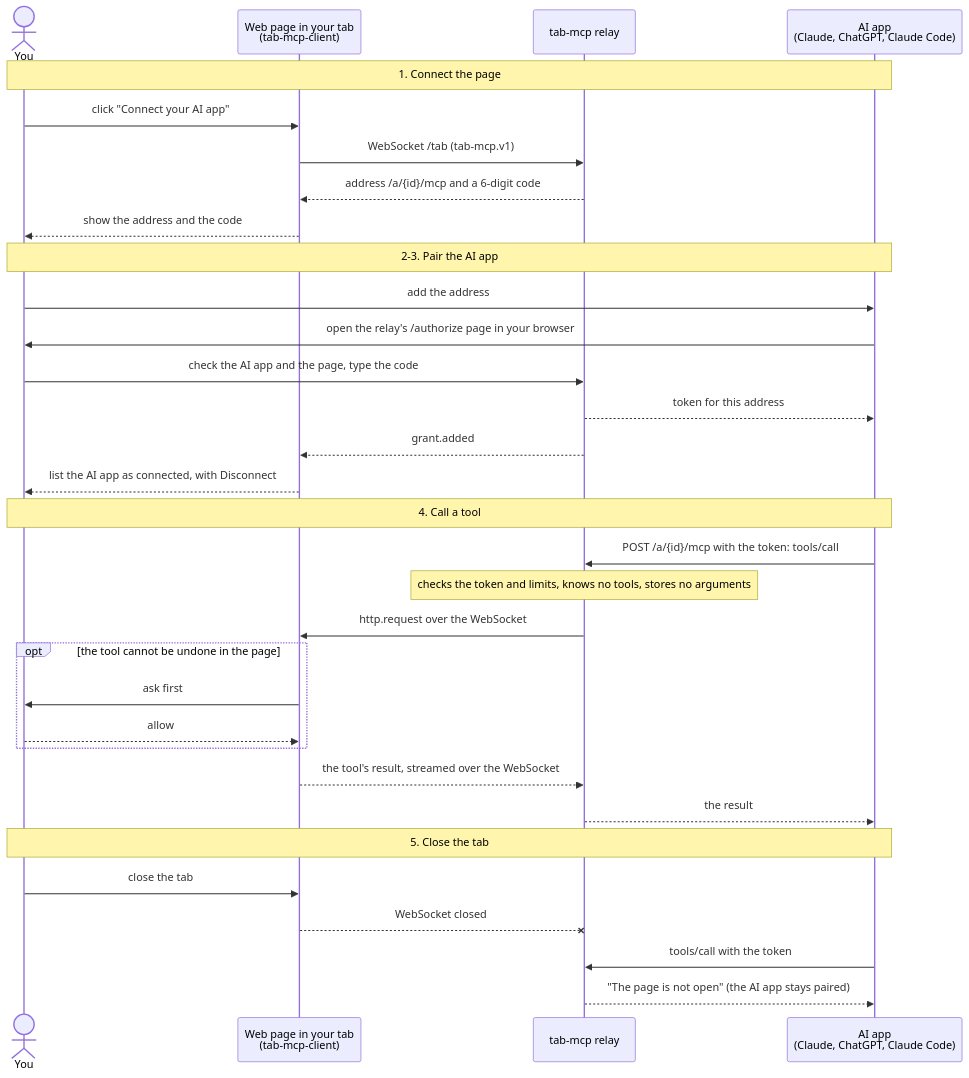
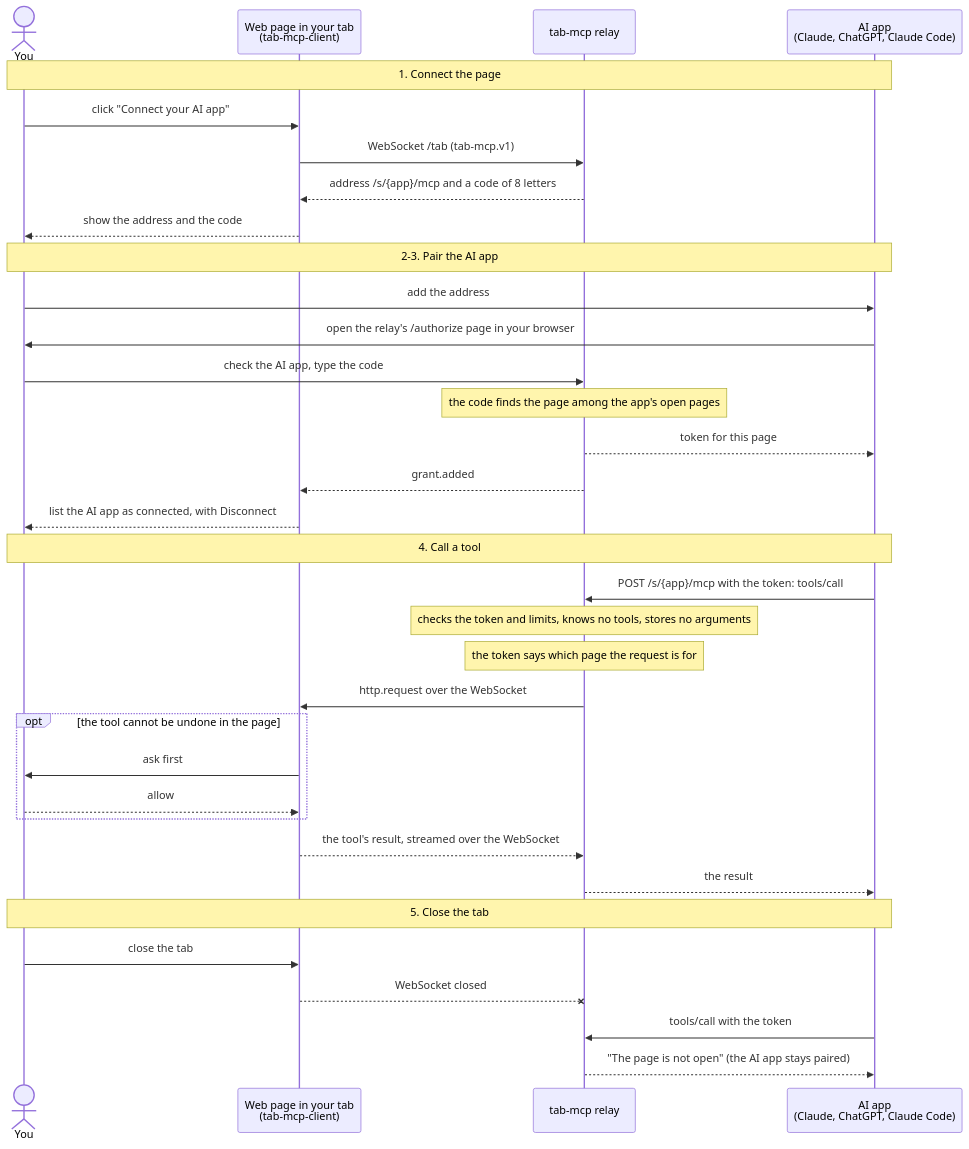
The diagram in README.md (ractive/tab-mcp), drawn with Mermaid before and after one commit. The commit also changed other lines of this file and 97 other files, not shown here.

````diff
--- a/README.md
+++ b/README.md
@@ -110,38 +111,40 @@
 ```mermaid
 sequenceDiagram
     actor You
     participant Page as Web page in your tab<br/>(tab-mcp-client)
     participant Relay as tab-mcp relay
     participant App as AI app<br/>(Claude, ChatGPT, Claude Code)
 
     Note over You,App: 1. Connect the page
     You->>Page: click "Connect your AI app"
     Page->>Relay: WebSocket /tab (tab-mcp.v1)
-    Relay-->>Page: address /a/{id}/mcp and a 6-digit code
+    Relay-->>Page: address /s/{app}/mcp and a code of 8 letters
     Page-->>You: show the address and the code
 
     Note over You,App: 2-3. Pair the AI app
     You->>App: add the address
     App->>You: open the relay's /authorize page in your browser
-    You->>Relay: check the AI app and the page, type the code
-    Relay-->>App: token for this address
+    You->>Relay: check the AI app, type the code
+    Note over Relay: the code finds the page among the app's open pages
+    Relay-->>App: token for this page
     Relay-->>Page: grant.added
     Page-->>You: list the AI app as connected, with Disconnect
 
     Note over You,App: 4. Call a tool
-    App->>Relay: POST /a/{id}/mcp with the token: tools/call
+    App->>Relay: POST /s/{app}/mcp with the token: tools/call
     Note over Relay: checks the token and limits, knows no tools, stores no arguments
+    Note over Relay: the token says which page the request is for
     Relay->>Page: http.request over the WebSocket
     opt the tool cannot be undone in the page
         Page->>You: ask first
         You-->>Page: allow
     end
     Page-->>Relay: the tool's result, streamed over the WebSocket
     Relay-->>App: the result
 
     Note over You,App: 5. Close the tab
     You->>Page: close the tab
     Page--xRelay: WebSocket closed
     App->>Relay: tools/call with the token
     Relay-->>App: "The page is not open" (the AI app stays paired)
 ```
````
